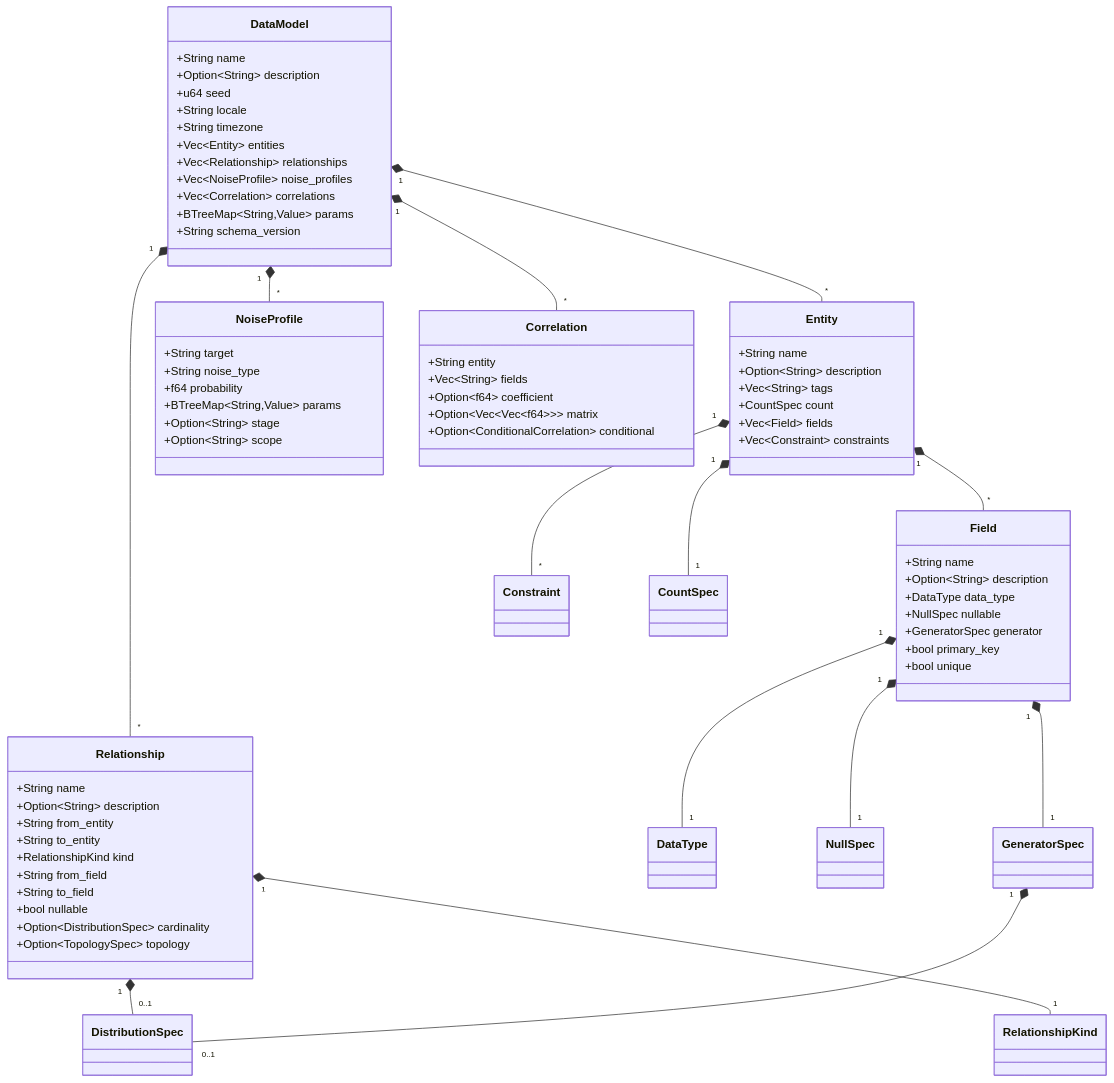
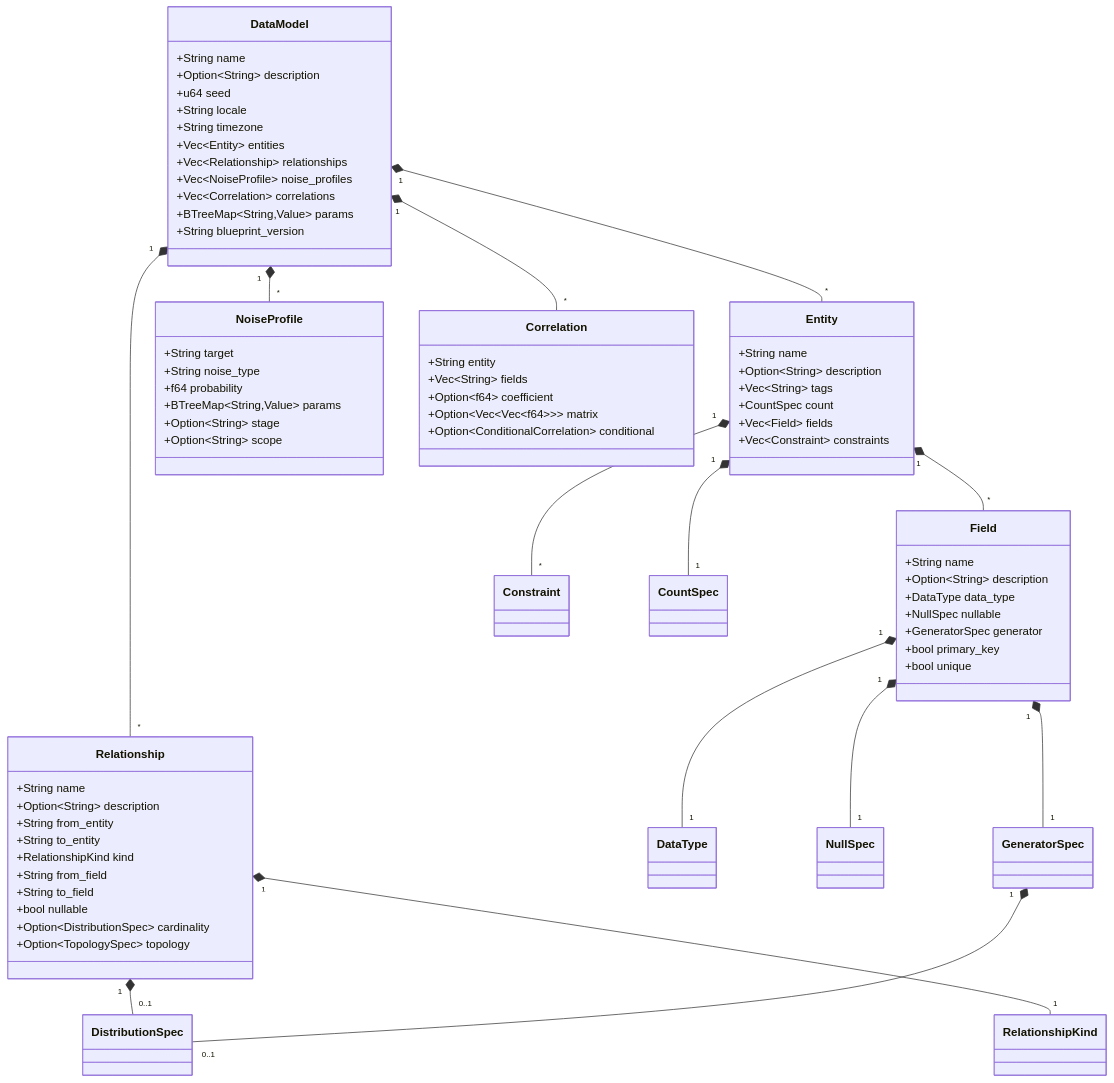
One commit to Yaming-Hub/knit changed the second of 2 diagrams in docs/design-core.md. Above: the diagram before and after it, drawn with Mermaid. The commit also changed other lines of this file and 99 other files, not shown here.

First line of the commit message:
refactor: rename 'schema' to 'blueprint' throughout codebase (#235)

````diff
--- a/docs/design-core.md
+++ b/docs/design-core.md
@@ -93,79 +93,79 @@
 ```mermaid
 classDiagram
     class DataModel {
         +String name
         +Option~String~ description
         +u64 seed
         +String locale
         +String timezone
         +Vec~Entity~ entities
         +Vec~Relationship~ relationships
         +Vec~NoiseProfile~ noise_profiles
         +Vec~Correlation~ correlations
         +BTreeMap~String,Value~ params
-        +String schema_version
+        +String blueprint_version
     }
 
     class Entity {
         +String name
         +Option~String~ description
         +Vec~String~ tags
         +CountSpec count
         +Vec~Field~ fields
         +Vec~Constraint~ constraints
     }
 
     class Field {
         +String name
         +Option~String~ description
         +DataType data_type
         +NullSpec nullable
         +GeneratorSpec generator
         +bool primary_key
         +bool unique
     }
 
     class Relationship {
         +String name
         +Option~String~ description
         +String from_entity
         +String to_entity
         +RelationshipKind kind
         +String from_field
         +String to_field
         +bool nullable
         +Option~DistributionSpec~ cardinality
         +Option~TopologySpec~ topology
     }
 
     class NoiseProfile {
         +String target
         +String noise_type
         +f64 probability
         +BTreeMap~String,Value~ params
         +Option~String~ stage
         +Option~String~ scope
     }
 
     class Correlation {
         +String entity
         +Vec~String~ fields
         +Option~f64~ coefficient
         +Option~Vec~Vec~f64~~~ matrix
         +Option~ConditionalCorrelation~ conditional
     }
 
     DataModel "1" *-- "*" Entity
     DataModel "1" *-- "*" Relationship
     DataModel "1" *-- "*" NoiseProfile
     DataModel "1" *-- "*" Correlation
     Entity "1" *-- "*" Field
     Entity "1" *-- "*" Constraint
     Field "1" *-- "1" DataType
     Field "1" *-- "1" NullSpec
     Field "1" *-- "1" GeneratorSpec
     Relationship "1" *-- "1" RelationshipKind
     Relationship "1" *-- "0..1" DistributionSpec
     Entity "1" *-- "1" CountSpec
     GeneratorSpec "1" *-- "0..1" DistributionSpec
 ```
````
